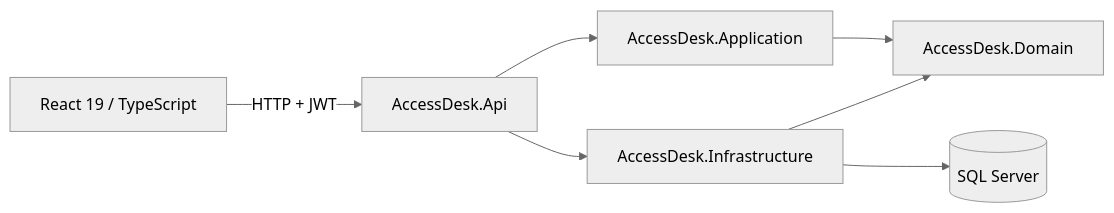
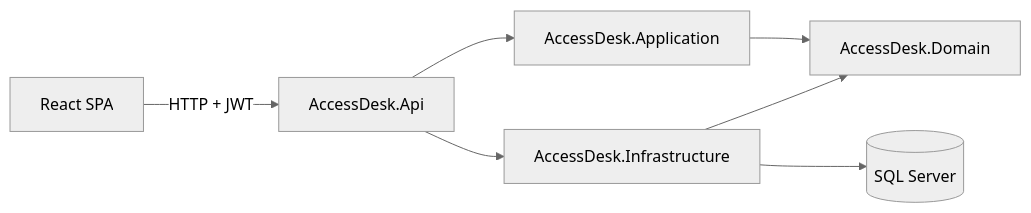
Before and after one commit to AlyEl-Halawany/AccessDesk: the first of 2 diagrams in HANDOFF.md, drawn with Mermaid (neutral theme). The commit also changed other lines of this file and 7 other files, not shown here.

````diff
--- a/HANDOFF.md
+++ b/HANDOFF.md
@@ -47,9 +62,9 @@
 ```mermaid
 flowchart LR
-  Web[React 19 / TypeScript] -->|HTTP + JWT| API[AccessDesk.Api]
+  Web[React SPA] -->|HTTP + JWT| API[AccessDesk.Api]
   API --> APP[AccessDesk.Application]
   API --> INF[AccessDesk.Infrastructure]
   APP --> DOM[AccessDesk.Domain]
   INF --> DOM
-  INF --> DB[(SQL Server)]
+  INF --> SQL[(SQL Server)]
 ```
````
